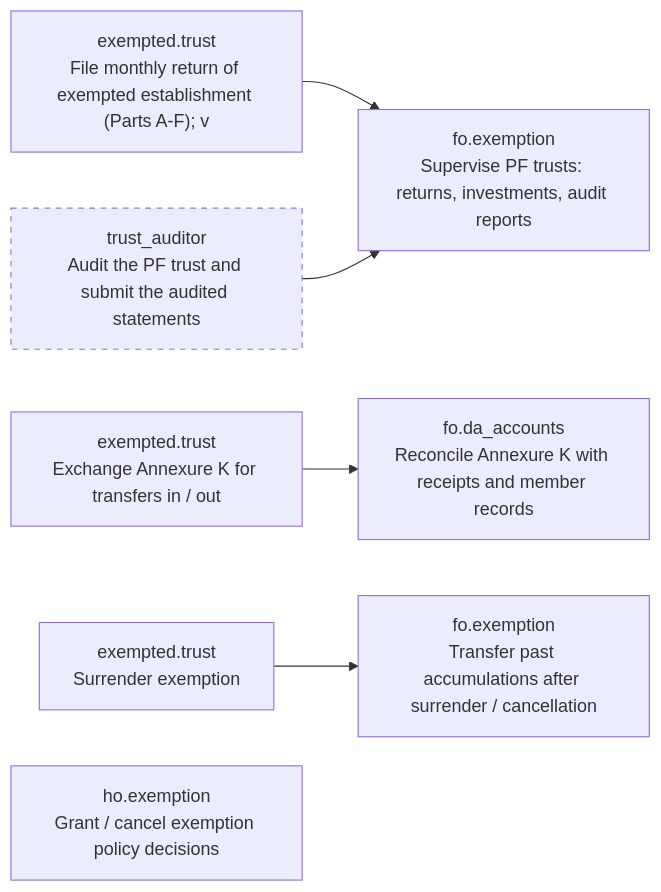
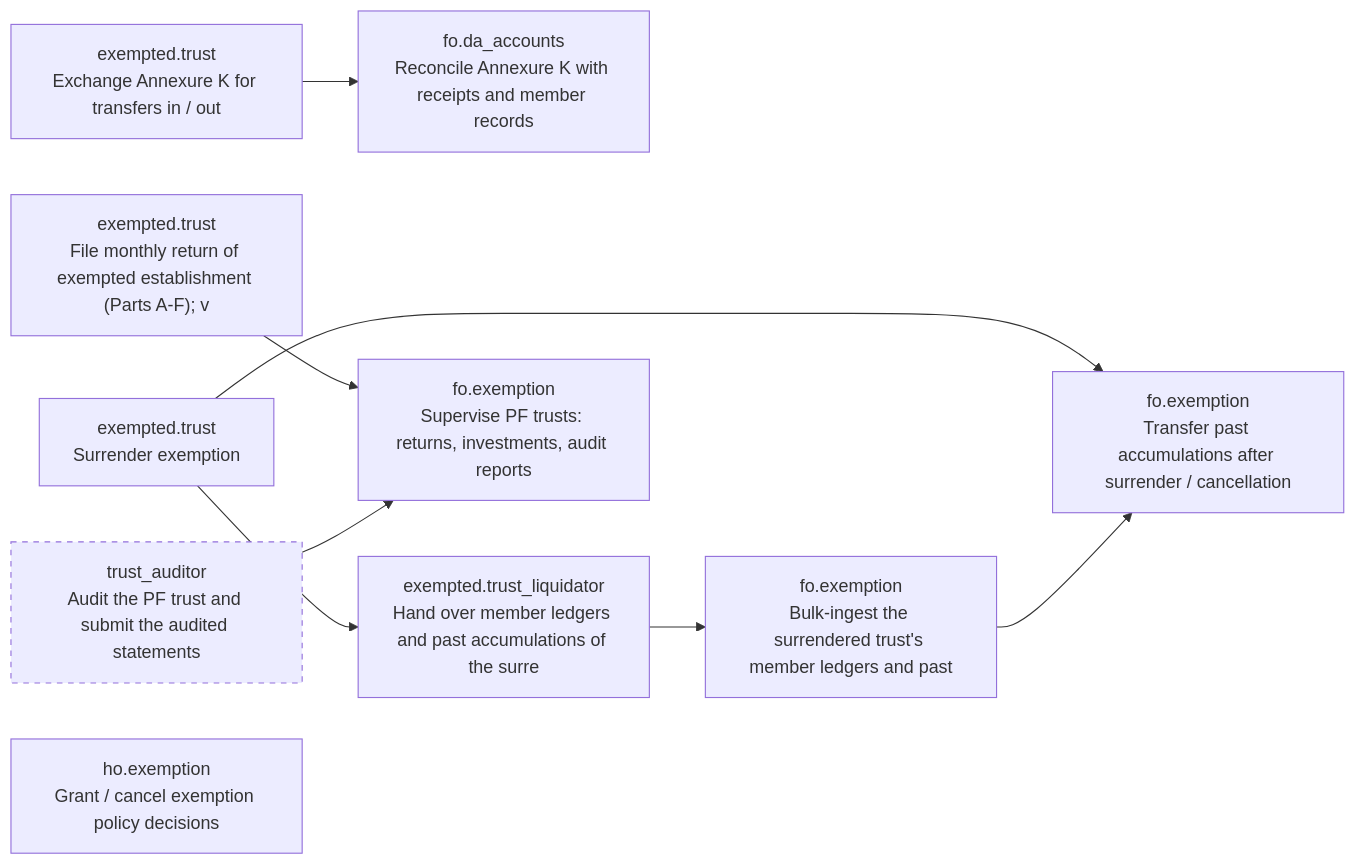
The ninth of 14 diagrams in docs/stakeholder-api-sets.md (gauravmeena0708/pf-life), drawn with Mermaid before and after one commit. The commit also changed other lines of this file and 23 other files, not shown here.

````diff
--- a/docs/stakeholder-api-sets.md
+++ b/docs/stakeholder-api-sets.md
@@ -1540,16 +1637,21 @@
 ```mermaid
 flowchart LR
   F09_returns["exempted.trust<br/>File monthly return of exempted establishment (Parts A-F); v"]
   F09_annexure_k["exempted.trust<br/>Exchange Annexure K for transfers in / out"]
   F09_annexure_k_reconcile["fo.da_accounts<br/>Reconcile Annexure K with receipts and member records"]
   F09_audit["trust_auditor<br/>Audit the PF trust and submit the audited statements"]
   style F09_audit stroke-dasharray: 5 5
   F09_surrender["exempted.trust<br/>Surrender exemption"]
+  F09_trust_handover["exempted.trust_liquidator<br/>Hand over member ledgers and past accumulations of the surre"]
+  F09_ingest["fo.exemption<br/>Bulk-ingest the surrendered trust's member ledgers and past "]
   F09_past_accum["fo.exemption<br/>Transfer past accumulations after surrender / cancellation"]
   F09_supervise["fo.exemption<br/>Supervise PF trusts: returns, investments, audit reports"]
   F09_ho["ho.exemption<br/>Grant / cancel exemption policy decisions"]
   F09_returns --> F09_supervise
   F09_annexure_k --> F09_annexure_k_reconcile
   F09_audit --> F09_supervise
+  F09_surrender --> F09_trust_handover
   F09_surrender --> F09_past_accum
+  F09_trust_handover --> F09_ingest
+  F09_ingest --> F09_past_accum
 ```
````
